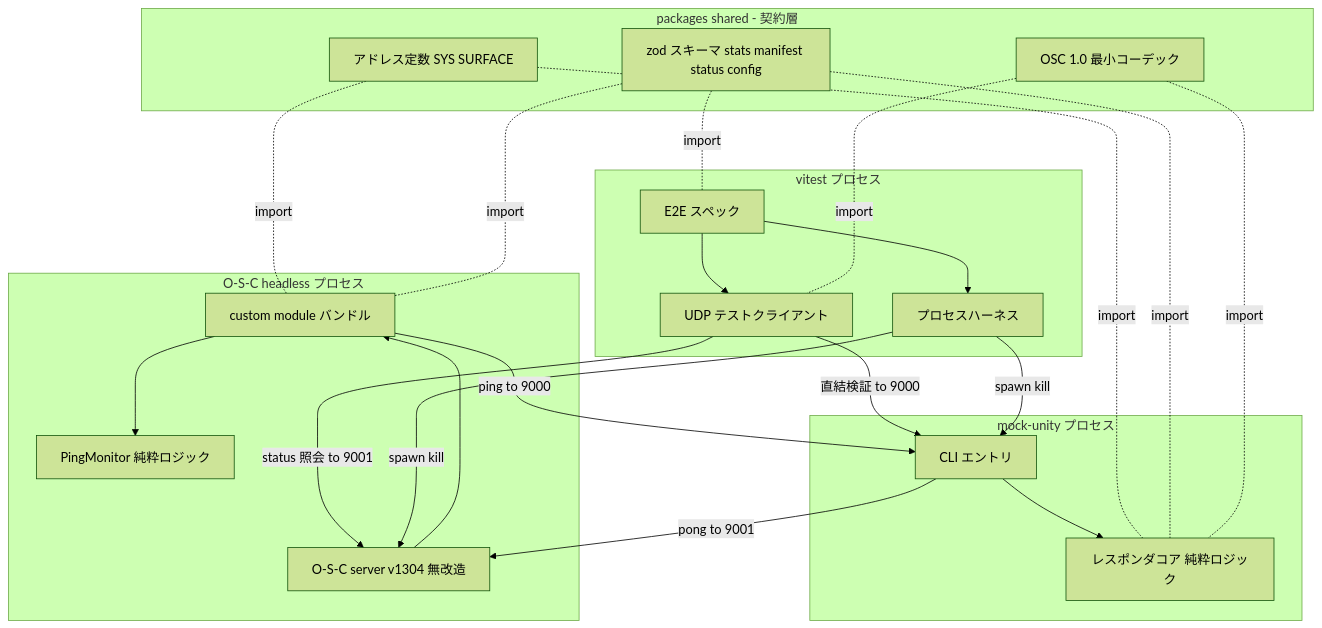
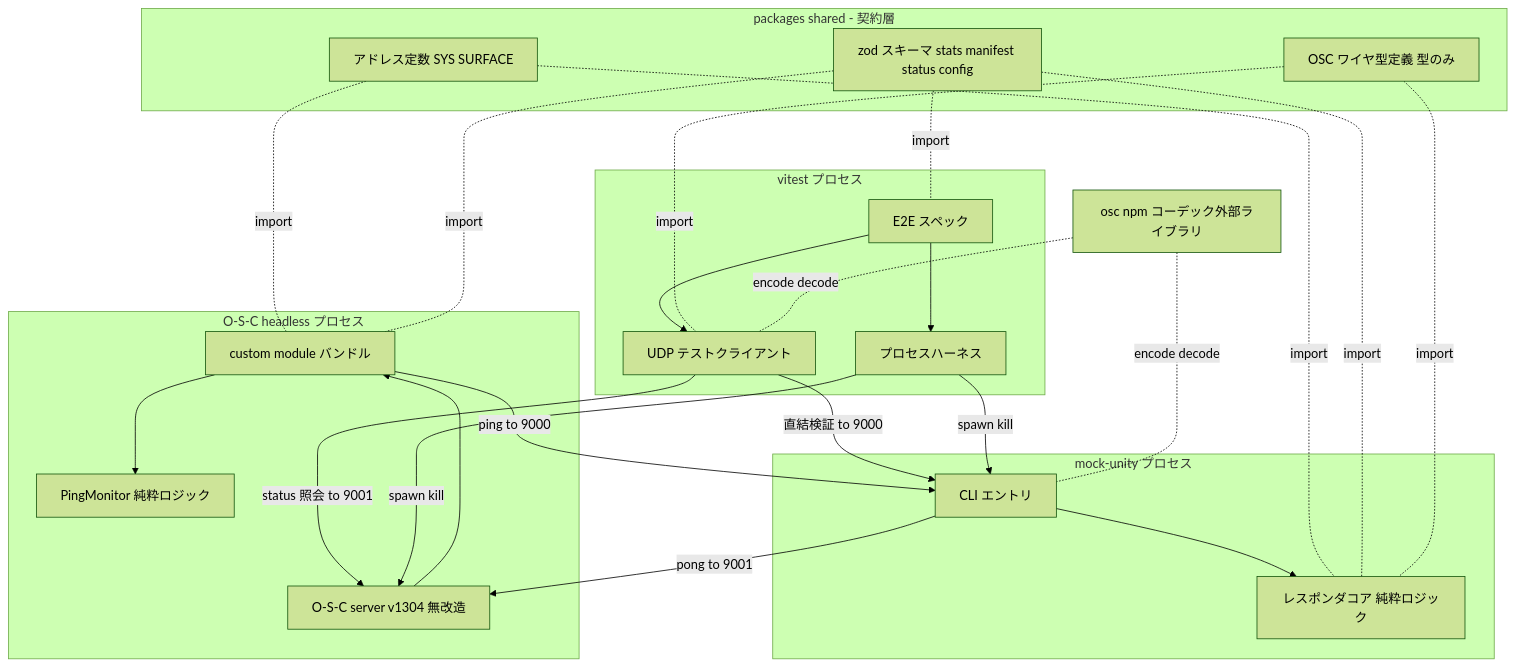
One commit to Hidano-Dev/osc-surface changed the first of 3 diagrams in .kiro/specs/phase1-protocol-foundation/design.md. Above: the diagram before and after it, drawn with Mermaid (forest theme). The commit also changed other lines of this file and 2 other files, not shown here.

````diff
--- a/.kiro/specs/phase1-protocol-foundation/design.md
+++ b/.kiro/specs/phase1-protocol-foundation/design.md
@@ -72,45 +72,49 @@
 ```mermaid
 graph TB
     subgraph SharedContract [packages shared - 契約層]
         Addr[アドレス定数 SYS SURFACE]
         Schemas[zod スキーマ stats manifest status config]
-        Codec[OSC 1.0 最小コーデック]
+        WireTypes[OSC ワイヤ型定義 型のみ]
     end
+
+    OscJs[osc npm コーデック外部ライブラリ]
 
     subgraph OscProcess [O-S-C headless プロセス]
         OSC[O-S-C server v1304 無改造]
         CM[custom module バンドル]
         PM[PingMonitor 純粋ロジック]
         OSC --> CM
         CM --> PM
     end
 
     subgraph MockProcess [mock-unity プロセス]
         MockCLI[CLI エントリ]
         MockCore[レスポンダコア 純粋ロジック]
         MockCLI --> MockCore
     end
 
     subgraph TestProcess [vitest プロセス]
         E2E[E2E スペック]
         Harness[プロセスハーネス]
         Client[UDP テストクライアント]
         E2E --> Harness
         E2E --> Client
     end
 
     CM -- ping to 9000 --> MockCLI
     MockCLI -- pong to 9001 --> OSC
     Client -- status 照会 to 9001 --> OSC
     Client -- 直結検証 to 9000 --> MockCLI
     Harness -- spawn kill --> OSC
     Harness -- spawn kill --> MockCLI
 
     Addr -.import.- CM
     Schemas -.import.- CM
     Addr -.import.- MockCore
     Schemas -.import.- MockCore
-    Codec -.import.- MockCore
-    Codec -.import.- Client
+    WireTypes -.import.- MockCore
+    WireTypes -.import.- Client
+    OscJs -.encode decode.- MockCLI
+    OscJs -.encode decode.- Client
     Schemas -.import.- E2E
 ```
````
